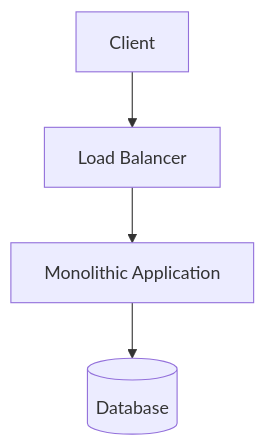
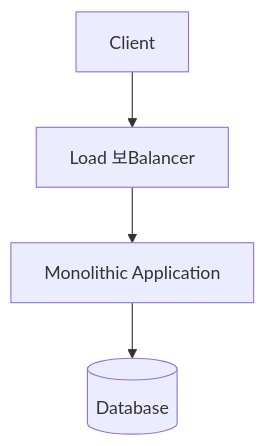
Before and after one commit to CodeLab-1325/Architecture: the third of 7 diagrams in README.md, drawn with Mermaid. The commit also changed other lines of this file, not shown here.

````diff
--- a/README.md
+++ b/README.md
@@ -75,6 +85,6 @@
 ```mermaid
 graph TD
-    Client[Client] --> LB[Load Balancer]
+    Client[Client] --> LB[Load 보Balancer]
     LB --> App[Monolithic Application]
     App --> DB[(Database)]
 ```
````
